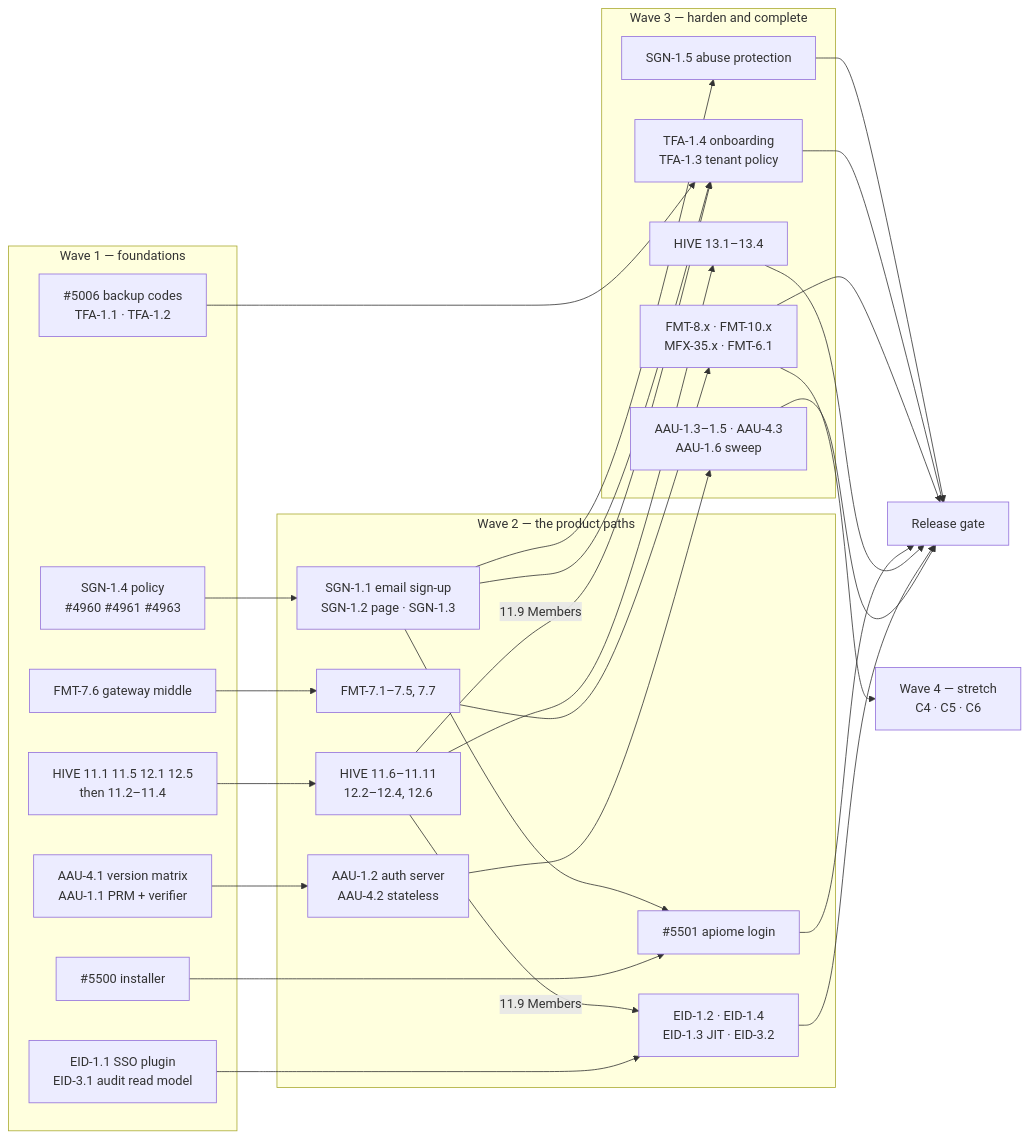
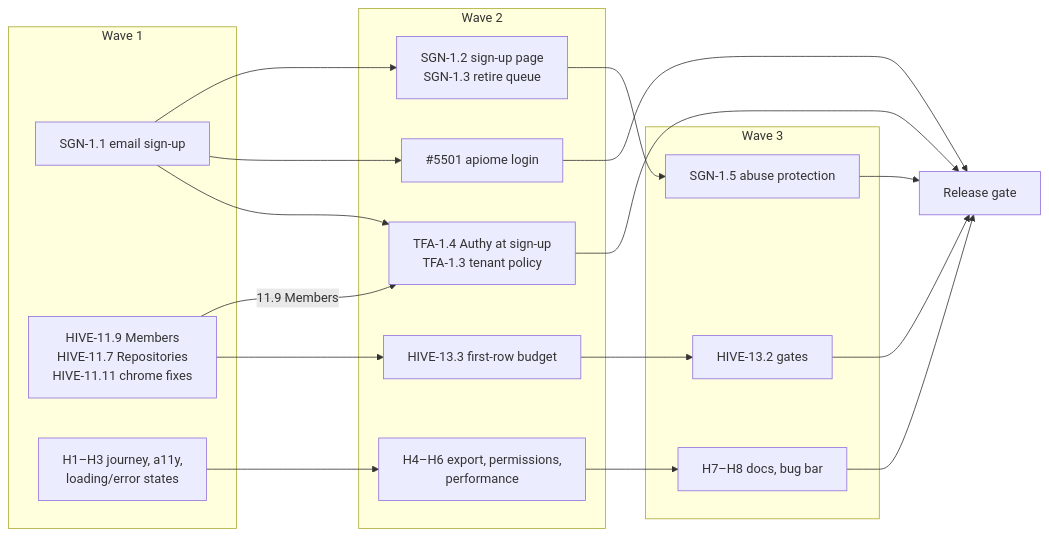
Before and after one commit to apiome/apiome: the diagram in docs/RC6_OOE.md, drawn with Mermaid. The commit also changed other lines of this file and 313 other files, not shown here.

````diff
--- a/docs/RC6_OOE.md
+++ b/docs/RC6_OOE.md
@@ -52,40 +52,27 @@
 ```mermaid
 flowchart LR
-  subgraph W1["Wave 1 — foundations"]
-    A1["SGN-1.4 policy<br/>#4960 #4961 #4963"]
-    B1["#5006 backup codes<br/>TFA-1.1 · TFA-1.2"]
-    C1a["FMT-7.6 gateway middle"]
-    D1["#5500 installer"]
-    E1["HIVE 11.1 11.5 12.1 12.5<br/>then 11.2–11.4"]
-    F1["EID-1.1 SSO plugin<br/>EID-3.1 audit read model"]
-    G1["AAU-4.1 version matrix<br/>AAU-1.1 PRM + verifier"]
+  subgraph W1["Wave 1"]
+    A1["SGN-1.1 email sign-up"]
+    E1["HIVE-11.9 Members<br/>HIVE-11.7 Repositories<br/>HIVE-11.11 chrome fixes"]
+    H1["H1–H3 journey, a11y,<br/>loading/error states"]
   end
-  subgraph W2["Wave 2 — the product paths"]
-    A2["SGN-1.1 email sign-up<br/>SGN-1.2 page · SGN-1.3"]
-    C1b["FMT-7.1–7.5, 7.7"]
+  subgraph W2["Wave 2"]
+    A2["SGN-1.2 sign-up page<br/>SGN-1.3 retire queue"]
+    B2["TFA-1.4 Authy at sign-up<br/>TFA-1.3 tenant policy"]
     D2["#5501 apiome login"]
-    E2["HIVE 11.6–11.11<br/>12.2–12.4, 12.6"]
-    F2["EID-1.2 · EID-1.4<br/>EID-1.3 JIT · EID-3.2"]
-    G2["AAU-1.2 auth server<br/>AAU-4.2 stateless"]
+    E2["HIVE-13.3 first-row budget"]
+    H2["H4–H6 export, permissions,<br/>performance"]
   end
-  subgraph W3["Wave 3 — harden and complete"]
+  subgraph W3["Wave 3"]
     A3["SGN-1.5 abuse protection"]
-    B3["TFA-1.4 onboarding<br/>TFA-1.3 tenant policy"]
-    C3["FMT-8.x · FMT-10.x<br/>MFX-35.x · FMT-6.1"]
-    E3["HIVE 13.1–13.4"]
-    G3["AAU-1.3–1.5 · AAU-4.3<br/>AAU-1.6 sweep"]
+    E3["HIVE-13.2 gates"]
+    H3["H7–H8 docs, bug bar"]
   end
-  W4["Wave 4 — stretch<br/>C4 · C5 · C6"]
   A1 --> A2 --> A3
-  A2 --> D2
-  A2 --> B3
-  B1 --> B3
-  C1a --> C1b --> C3 --> W4
-  D1 --> D2
+  A1 --> D2
+  A1 --> B2
+  E1 -->|11.9 Members| B2
   E1 --> E2 --> E3
-  E2 -->|11.9 Members| B3
-  E2 -->|11.9 Members| F2
-  F1 --> F2
-  G1 --> G2 --> G3
-  A3 & B3 & C3 & D2 & E3 & F2 & G3 --> GATE["Release gate"]
+  H1 --> H2 --> H3
+  A3 & B2 & D2 & E3 & H3 --> GATE["Release gate"]
 ```
````
